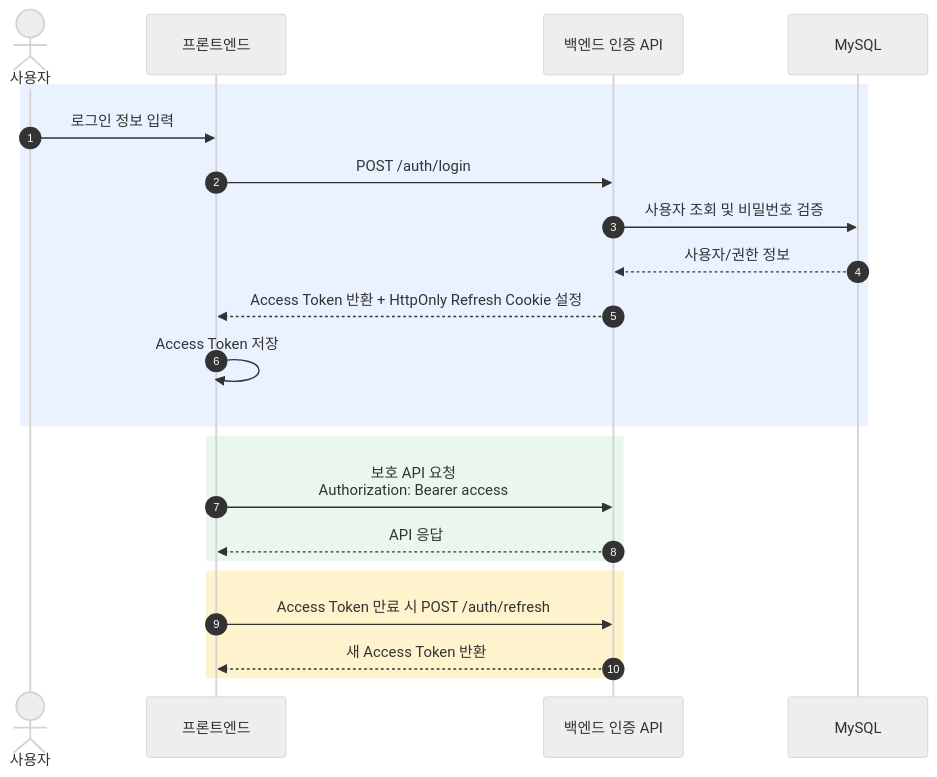
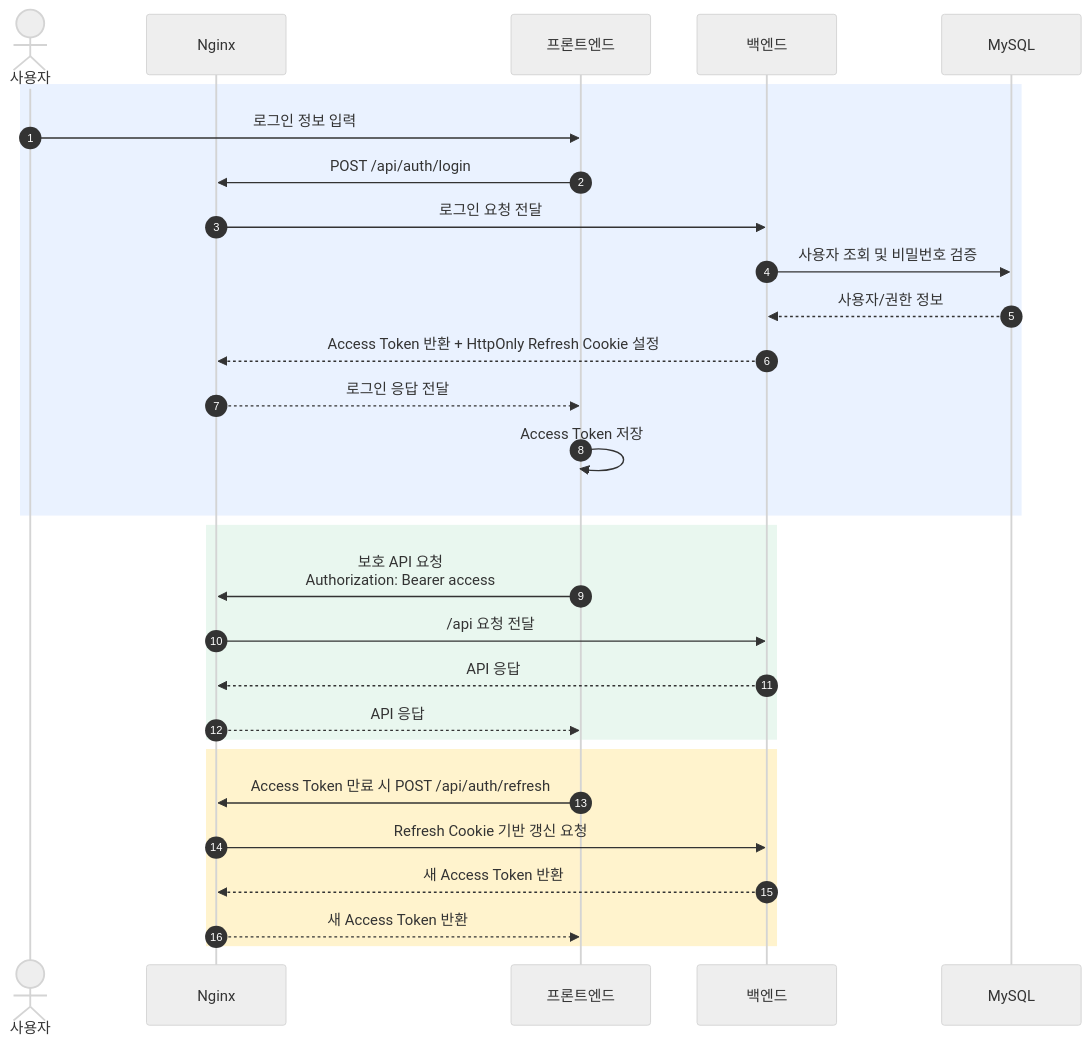
The fifth of 5 diagrams in docs/architecture-draft.md (sssat/graduation-project), drawn with Mermaid (neutral theme) before and after one commit. The commit also changed other lines of this file, not shown here.

````diff
--- a/docs/architecture-draft.md
+++ b/docs/architecture-draft.md
@@ -215,27 +204,34 @@
 ```mermaid
 sequenceDiagram
   autonumber
   actor U as 사용자
+  participant N as Nginx
   participant F as 프론트엔드
-  participant B as 백엔드 인증 API
+  participant B as 백엔드
   participant D as MySQL
 
   rect rgb(234, 242, 255)
   U->>F: 로그인 정보 입력
-  F->>B: POST /auth/login
+  F->>N: POST /api/auth/login
+  N->>B: 로그인 요청 전달
   B->>D: 사용자 조회 및 비밀번호 검증
   D-->>B: 사용자/권한 정보
-  B-->>F: Access Token 반환 + HttpOnly Refresh Cookie 설정
+  B-->>N: Access Token 반환 + HttpOnly Refresh Cookie 설정
+  N-->>F: 로그인 응답 전달
   F->>F: Access Token 저장
   end
 
   rect rgb(233, 247, 239)
-  F->>B: 보호 API 요청<br/>Authorization: Bearer access
-  B-->>F: API 응답
+  F->>N: 보호 API 요청<br/>Authorization: Bearer access
+  N->>B: /api 요청 전달
+  B-->>N: API 응답
+  N-->>F: API 응답
   end
 
   rect rgb(255, 243, 205)
-  F->>B: Access Token 만료 시 POST /auth/refresh
-  B-->>F: 새 Access Token 반환
+  F->>N: Access Token 만료 시 POST /api/auth/refresh
+  N->>B: Refresh Cookie 기반 갱신 요청
+  B-->>N: 새 Access Token 반환
+  N-->>F: 새 Access Token 반환
   end
 ```
````
